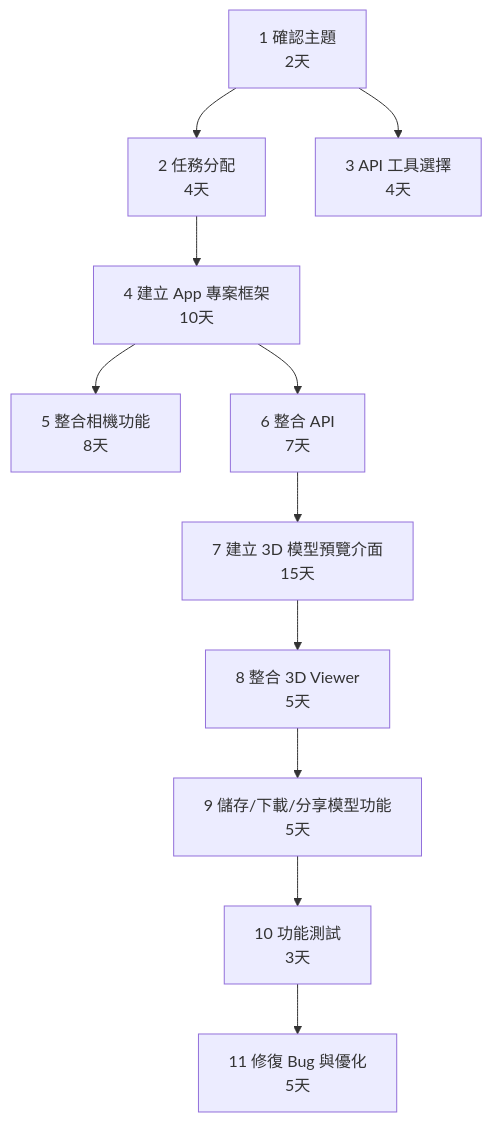
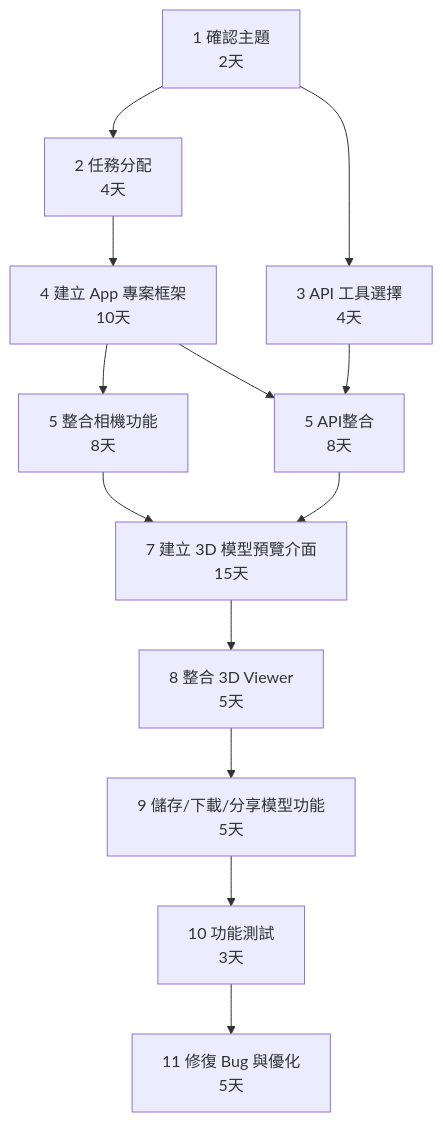
The second of 2 diagrams in 任務分配.md (ReienOuO/-), drawn with Mermaid before and after one commit. The commit also changed other lines of this file, not shown here.

````diff
--- a/任務分配.md
+++ b/任務分配.md
@@ -42,14 +41,16 @@
 ```mermaid
 flowchart TD
 
 A1[1 確認主題<br>2天] --> A2[2 任務分配<br>4天]
 A1 --> A3[3 API 工具選擇<br>4天]
 A2 --> A4[4 建立 App 專案框架<br>10天]
 A4 --> A5[5 整合相機功能 <br>8天]
-A4 --> A6[6 整合 API<br>7天]
+A4 --> A6[5 API整合 <br>8天]
+A3 --> A6
+A5 --> A7
 A6 --> A7[7 建立 3D 模型預覽介面<br>15天]
 A7 --> A8[8 整合 3D Viewer<br>5天]
 A8 --> A9[9 儲存/下載/分享模型功能<br>5天]
 A9 --> A10[10 功能測試<br>3天]
 A10 --> A11[11 修復 Bug 與優化<br>5天]
 ```
````
